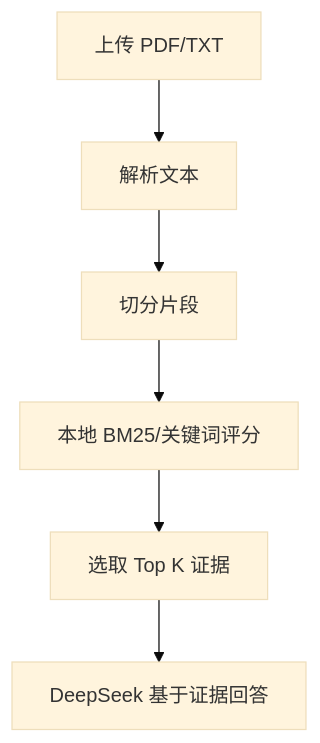
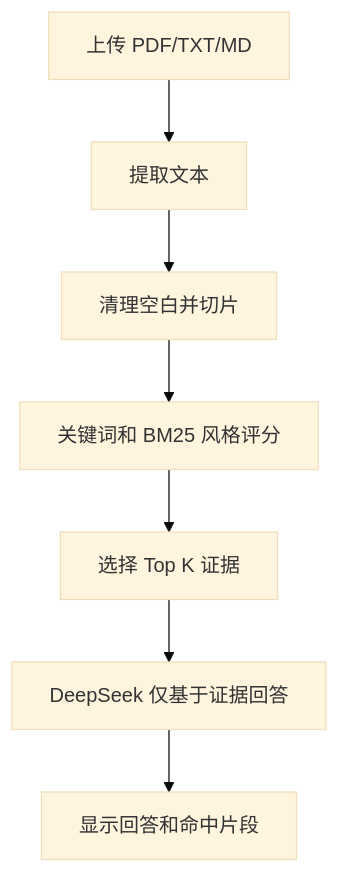
The diagram in finance-llm-agent-demos/16-local_hybrid_financial_rag/README.md (mindandhand/finance-llm-apps-roadmap), drawn with Mermaid (base theme) before and after one commit. The commit also changed other lines of this file and 34 other files, not shown here.

````diff
--- a/finance-llm-agent-demos/16-local_hybrid_financial_rag/README.md
+++ b/finance-llm-agent-demos/16-local_hybrid_financial_rag/README.md
@@ -21,8 +106,9 @@
 ```mermaid
 flowchart TD
-    A["上传 PDF/TXT"] --> B["解析文本"]
-    B --> C["切分片段"]
-    C --> D["本地 BM25/关键词评分"]
-    D --> E["选取 Top K 证据"]
-    E --> F["DeepSeek 基于证据回答"]
+    A[上传 PDF/TXT/MD] --> B[提取文本]
+    B --> C[清理空白并切片]
+    C --> D[关键词和 BM25 风格评分]
+    D --> E[选择 Top K 证据]
+    E --> F[DeepSeek 仅基于证据回答]
+    F --> G[显示回答和命中片段]
 ```
````
